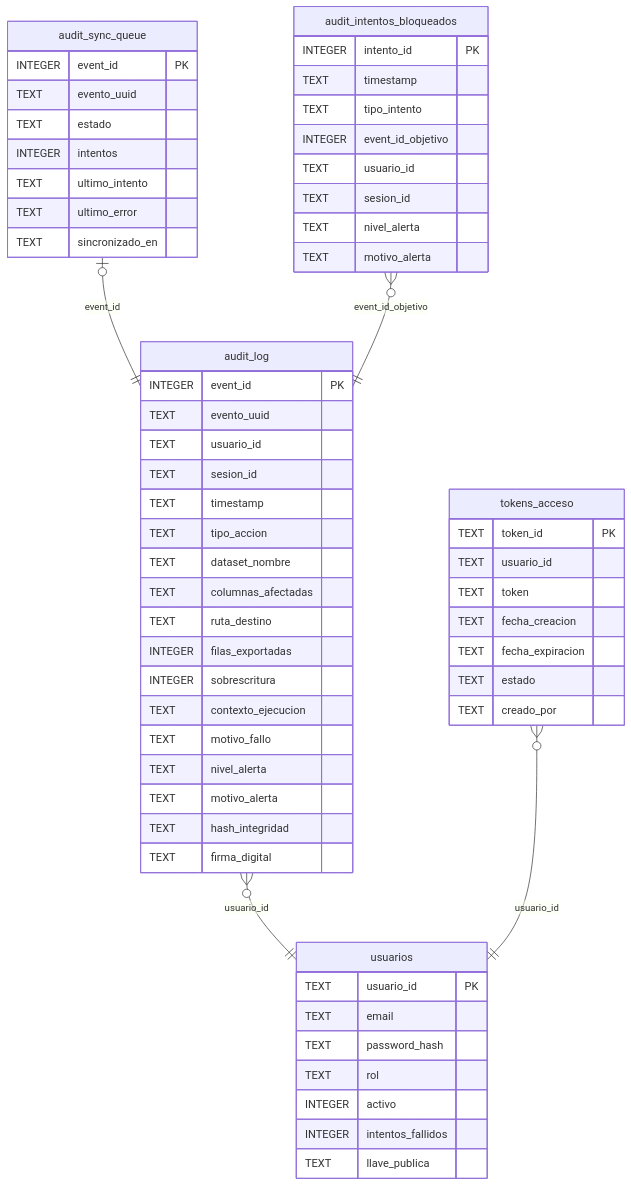
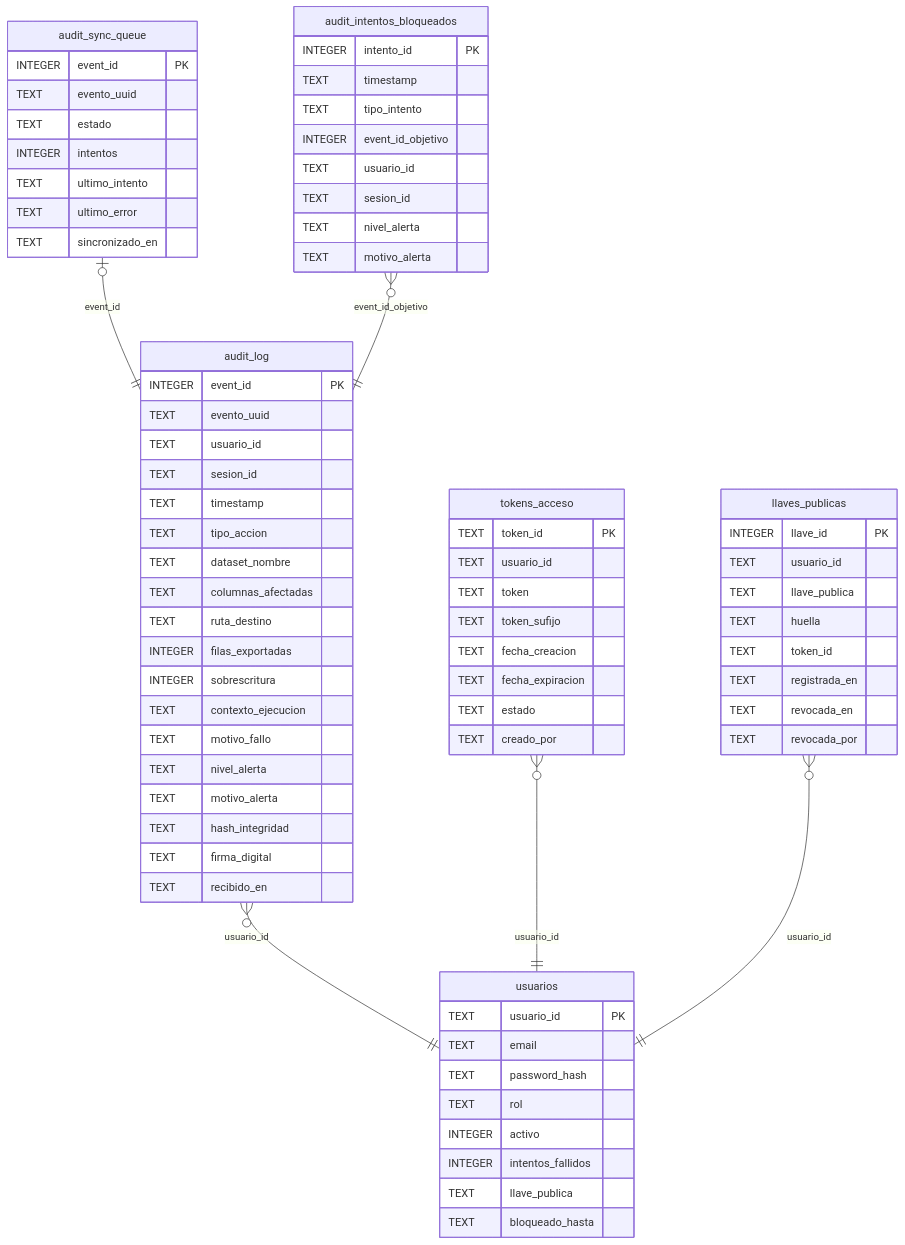
The second of 2 diagrams in entregables/02_modelo_datos_auditoria.md (Alexis1661/audit-tracer-deploy), drawn with Mermaid before and after one commit. The commit also changed other lines of this file and 104 other files, not shown here.

````diff
--- a/entregables/02_modelo_datos_auditoria.md
+++ b/entregables/02_modelo_datos_auditoria.md
@@ -175,63 +194,77 @@
 ```mermaid
 erDiagram
     audit_intentos_bloqueados {
         INTEGER intento_id PK
         TEXT timestamp
         TEXT tipo_intento
         INTEGER event_id_objetivo
         TEXT usuario_id
         TEXT sesion_id
         TEXT nivel_alerta
         TEXT motivo_alerta
     }
     audit_log {
         INTEGER event_id PK
         TEXT evento_uuid
         TEXT usuario_id
         TEXT sesion_id
         TEXT timestamp
         TEXT tipo_accion
         TEXT dataset_nombre
         TEXT columnas_afectadas
         TEXT ruta_destino
         INTEGER filas_exportadas
         INTEGER sobrescritura
         TEXT contexto_ejecucion
         TEXT motivo_fallo
         TEXT nivel_alerta
         TEXT motivo_alerta
         TEXT hash_integridad
         TEXT firma_digital
+        TEXT recibido_en
     }
     audit_sync_queue {
         INTEGER event_id PK
         TEXT evento_uuid
         TEXT estado
         INTEGER intentos
         TEXT ultimo_intento
         TEXT ultimo_error
         TEXT sincronizado_en
     }
+    llaves_publicas {
+        INTEGER llave_id PK
+        TEXT usuario_id
+        TEXT llave_publica
+        TEXT huella
+        TEXT token_id
+        TEXT registrada_en
+        TEXT revocada_en
+        TEXT revocada_por
+    }
     tokens_acceso {
         TEXT token_id PK
         TEXT usuario_id
         TEXT token
+        TEXT token_sufijo
         TEXT fecha_creacion
         TEXT fecha_expiracion
         TEXT estado
         TEXT creado_por
     }
     usuarios {
         TEXT usuario_id PK
         TEXT email
         TEXT password_hash
         TEXT rol
         INTEGER activo
         INTEGER intentos_fallidos
         TEXT llave_publica
+        TEXT bloqueado_hasta
     }
     audit_log }o--|| usuarios : "usuario_id"
     tokens_acceso }o--|| usuarios : "usuario_id"
+    llaves_publicas }o--|| usuarios : "usuario_id"
     audit_sync_queue |o--|| audit_log : "event_id"
     audit_intentos_bloqueados }o--|| audit_log : "event_id_objetivo"
 ```
````
